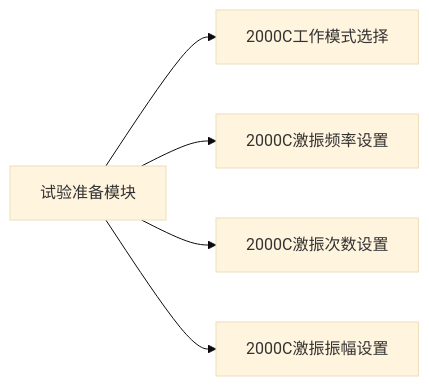
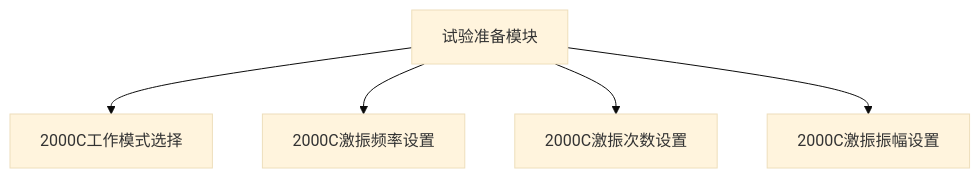
Before and after one commit to hhool/anxi_doc: the ninth of 11 diagrams in README.md, drawn with Mermaid (base theme). The commit also changed other lines of this file and 1 other file, not shown here.

````diff
--- a/README.md
+++ b/README.md
@@ -107,7 +159,7 @@
 ```mermaid
-graph LR
+graph TD
     试验准备模块 --> 2000C工作模式选择
     试验准备模块 --> 2000C激振频率设置
     试验准备模块 --> 2000C激振次数设置
     试验准备模块 --> 2000C激振振幅设置
 ```
````
